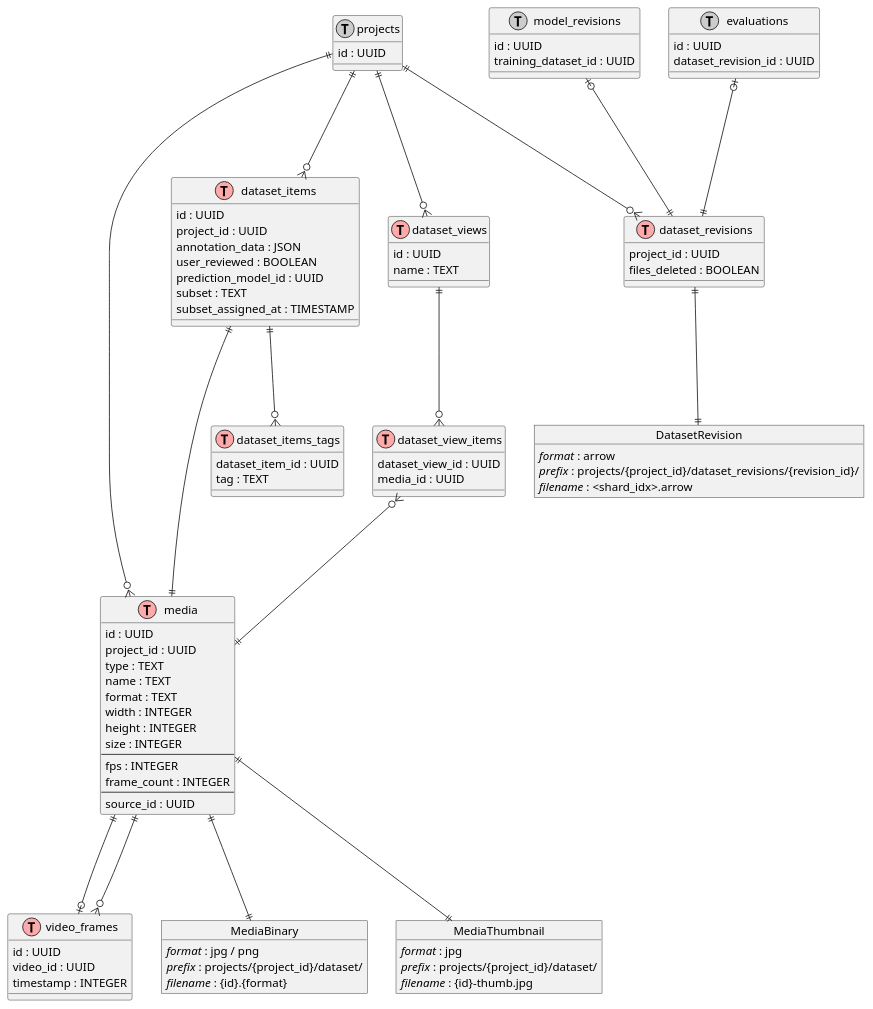
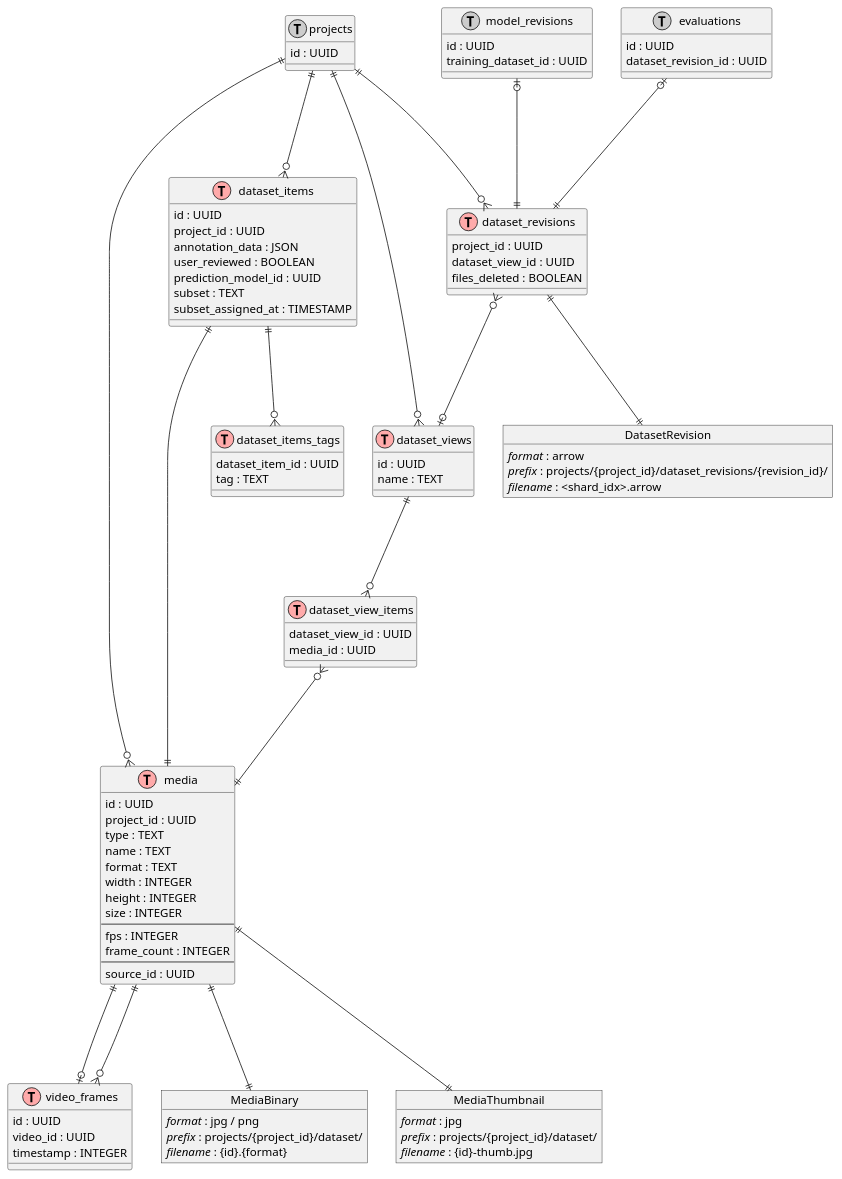
The diagram in application/docs/diagrams/storage/datasets.puml (open-edge-platform/geti), drawn with PlantUML before and after one commit. The commit also changed 35 other files, not shown here.

Commit message:
Add support for fine-tuning models from dataset views

```diff
--- a/application/docs/diagrams/storage/datasets.puml
+++ b/application/docs/diagrams/storage/datasets.puml
@@ -1,116 +1,119 @@
 @startuml
 
 ' Media related tables
 
 class media << (T,#FFAAAA) >> {
   id : UUID
   project_id : UUID
   type : TEXT
   name : TEXT
   format : TEXT
   width : INTEGER
   height : INTEGER
   size : INTEGER
   --
   fps : INTEGER
   frame_count : INTEGER
   --
   source_id : UUID
 }
 
 class video_frames << (T,#FFAAAA) >> {
   id : UUID
   video_id : UUID
   timestamp : INTEGER
 }
 
 ' Dataset-related tables
 class dataset_items << (T,#FFAAAA) >> {
   id : UUID
   project_id : UUID
   annotation_data : JSON
   user_reviewed : BOOLEAN
   prediction_model_id : UUID
   subset : TEXT
   subset_assigned_at : TIMESTAMP
 }
 
 class dataset_items_tags << (T,#FFAAAA) >> {
   dataset_item_id : UUID
   tag : TEXT
 }
 
 dataset_items ||---o{ dataset_items_tags
 
 class dataset_views << (T,#FFAAAA) >> {
   id : UUID
   name : TEXT
 }
 
 class dataset_view_items << (T,#FFAAAA) >> {
   dataset_view_id : UUID
   media_id : UUID
 }
 
 dataset_views ||---o{ dataset_view_items
 
 dataset_view_items }o---|| media
 
 class dataset_revisions << (T,#FFAAAA) >> {
   project_id : UUID
+  dataset_view_id : UUID
   files_deleted : BOOLEAN
 }
+
+dataset_revisions }o---o| dataset_views
 
 object MediaBinary {
   <i>format</i> : jpg / png
   <i>prefix</i> : projects/{project_id}/dataset/
   <i>filename</i> : {id}.{format}
 }
 
 object MediaThumbnail {
   <i>format</i> : jpg
   <i>prefix</i> : projects/{project_id}/dataset/
   <i>filename</i> : {id}-thumb.jpg
 }
 
 object DatasetRevision {
   <i>format</i> : arrow
   <i>prefix</i> : projects/{project_id}/dataset_revisions/{revision_id}/
   <i>filename</i> : <shard_idx>.arrow
 }
 
 dataset_revisions ||---|| DatasetRevision
 
 ' Related non-dataset tables (only foreign keys)
 class projects << (T,#CCCCCC) >> {
   id : UUID
 }
 
 projects ||---o{ dataset_items
 projects ||---o{ dataset_views
 projects ||---o{ dataset_revisions
 projects ||---o{ media
 
 dataset_items ||---|| media
 
 
 media ||---o| video_frames
 media ||---o{ video_frames
 media ||---|| MediaBinary
 media ||---|| MediaThumbnail
 
 class model_revisions << (T,#CCCCCC) >> {
   id : UUID
   training_dataset_id : UUID
 }
 
 model_revisions |o---|| dataset_revisions
 
 class evaluations << (T,#CCCCCC) >> {
   id : UUID
   dataset_revision_id : UUID
 }
 
 evaluations |o---|| dataset_revisions
 
 @enduml
```
